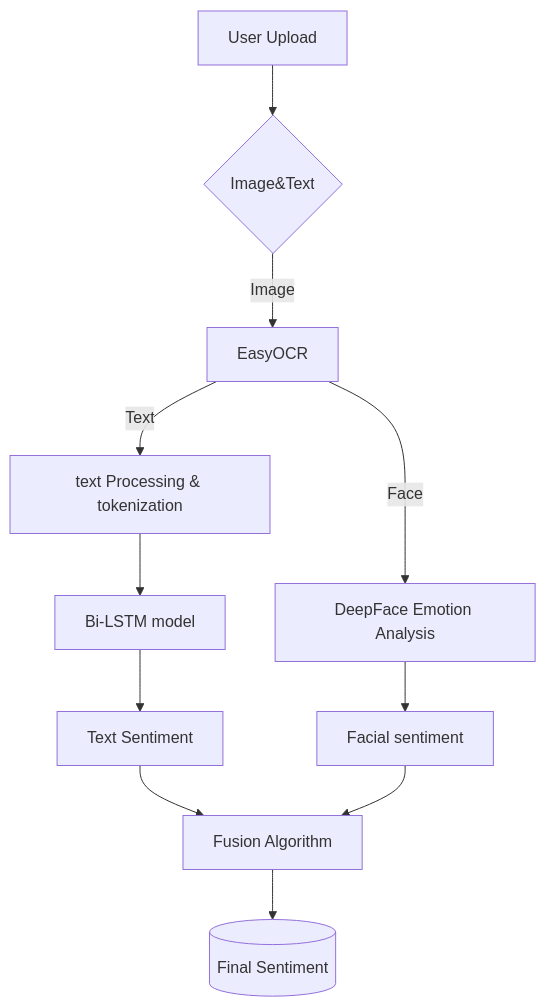
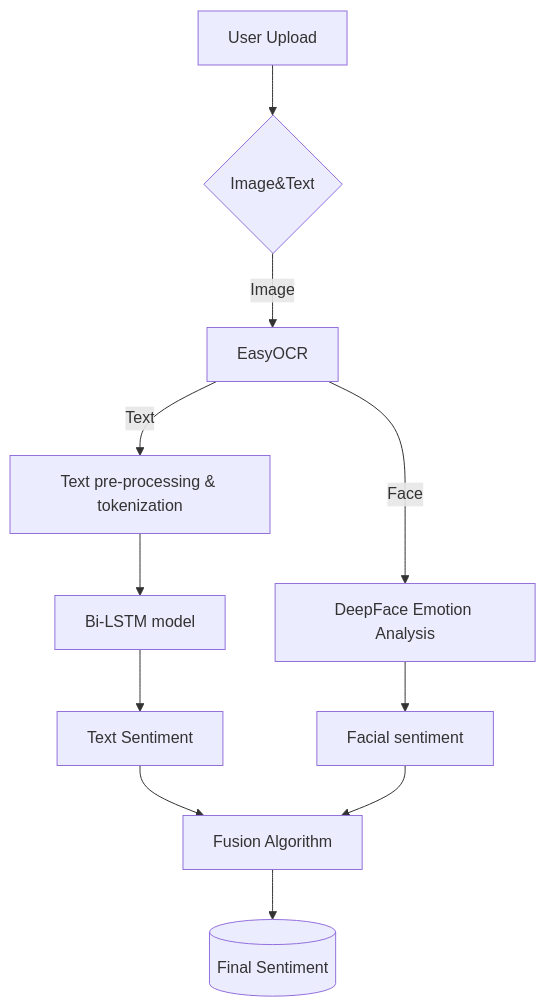
The diagram in README.md (RohanReddy2003/Sentiment-analysis), drawn with Mermaid before and after one commit.

````diff
--- a/README.md
+++ b/README.md
@@ -17,12 +17,12 @@
 ```mermaid
 flowchart TD
     A[User Upload] --> B{Image&Text}
     B -->|Image| C[EasyOCR]
-    C -->|Text| D[text Processing & tokenization]
+    C -->|Text| D[Text pre-processing & tokenization]
     D --> E[Bi-LSTM model]
     E --> F[Text Sentiment]
     C -->|Face| G[DeepFace Emotion Analysis]
     G --> H[Facial sentiment]
     F & H --> I[Fusion Algorithm]
     I --> J[(Final Sentiment)]
 ```
````
